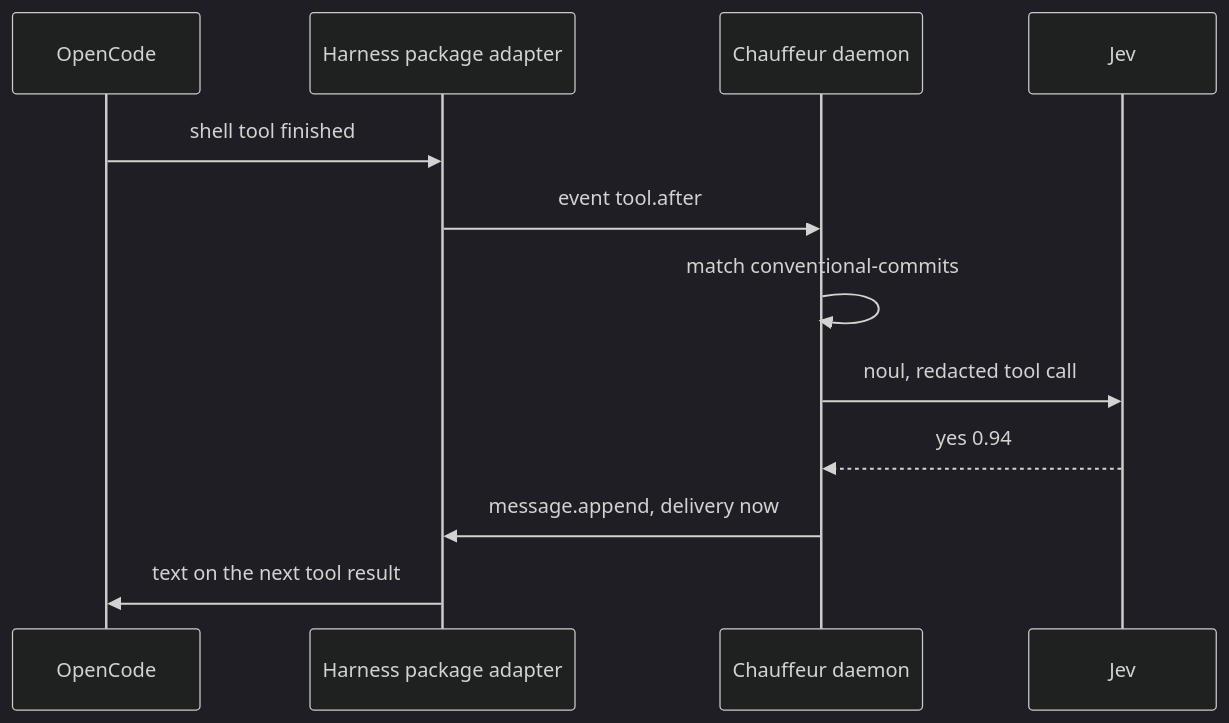
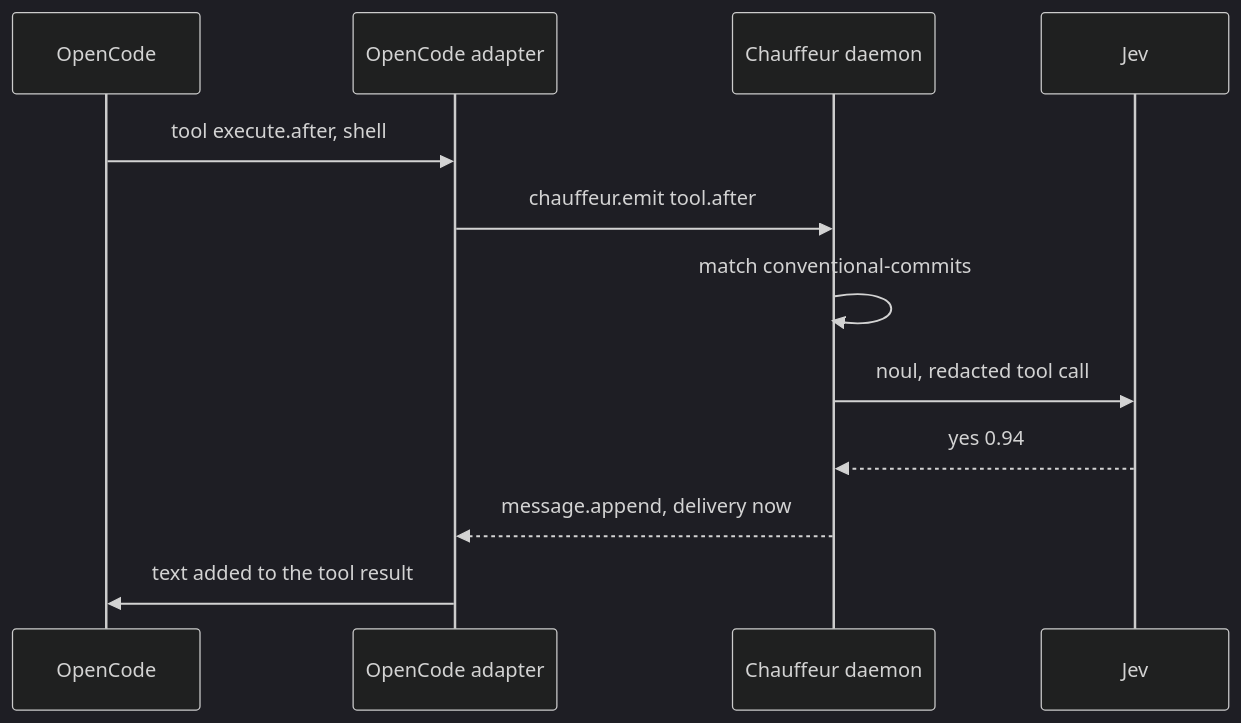
One commit to StevenJPx2/chauffeur changed the diagram in docs/plans/slices/slice-1.md. Above: the diagram before and after it, drawn with Mermaid (dark theme). The commit also changed other lines of this file and 12 other files, not shown here.

Commit message:
docs(plan): add the OpenCode adapter to slice 1 and build adapters on tack

````diff
--- a/docs/plans/slices/slice-1.md
+++ b/docs/plans/slices/slice-1.md
@@ -12,14 +11,14 @@
 ```mermaid
 sequenceDiagram
     participant O as OpenCode
-    participant A as Harness package adapter
+    participant A as OpenCode adapter
     participant D as Chauffeur daemon
     participant J as Jev
-    O->>A: shell tool finished
-    A->>D: event tool.after
+    O->>A: tool execute.after, shell
+    A->>D: chauffeur.emit tool.after
     D->>D: match conventional-commits
     D->>J: noul, redacted tool call
     J-->>D: yes 0.94
-    D->>A: message.append, delivery now
-    A->>O: text on the next tool result
+    D-->>A: message.append, delivery now
+    A->>O: text added to the tool result
 ```
````
